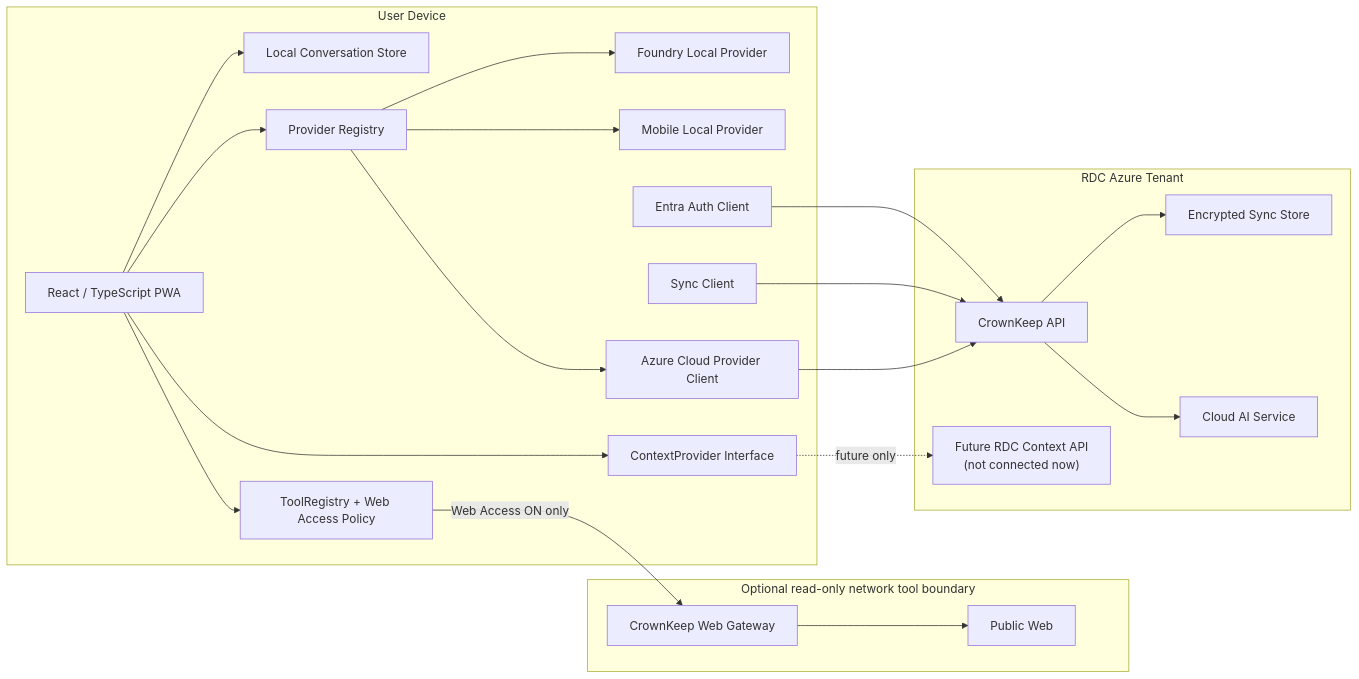
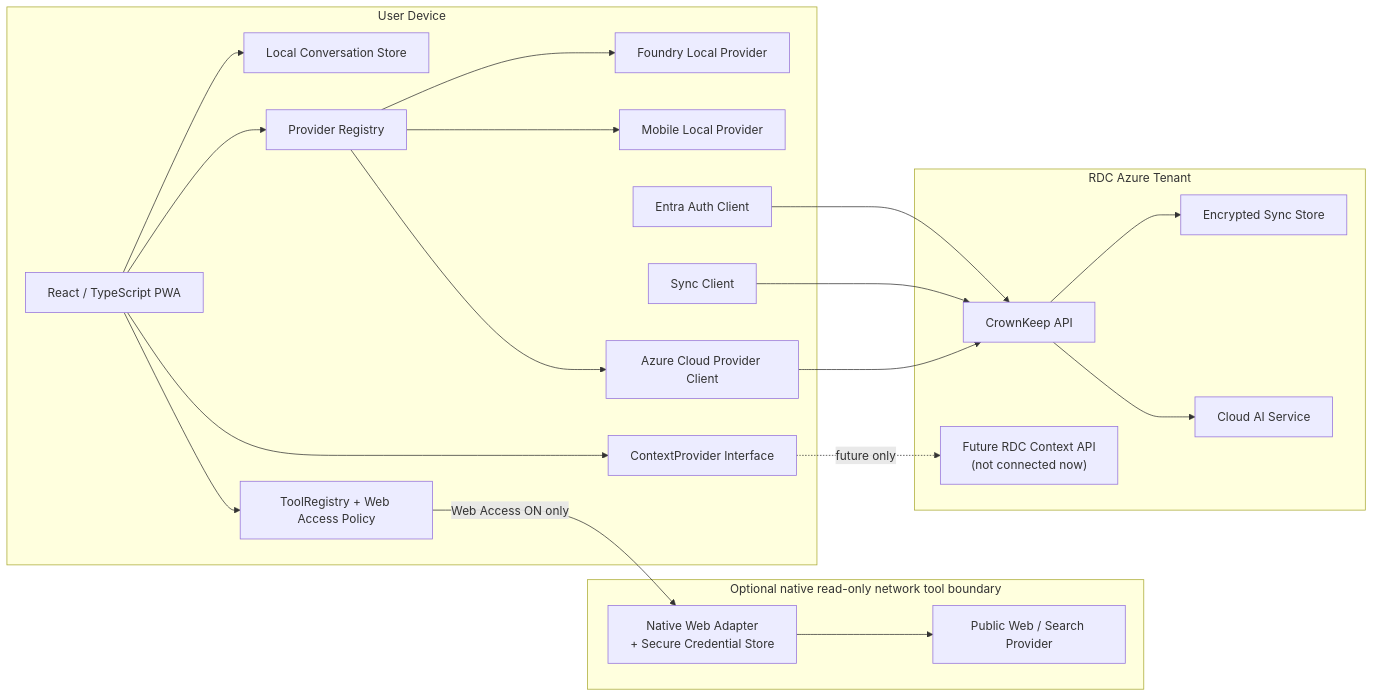
Before and after one commit to dakROLO/rdc-ai: the diagram in docs/ARCHITECTURE.md, drawn with Mermaid. The commit also changed other lines of this file, not shown here.

Commit message:
Remove gateway from architecture system view

````diff
--- a/docs/ARCHITECTURE.md
+++ b/docs/ARCHITECTURE.md
@@ -5,45 +5,45 @@
 ```mermaid
 flowchart LR
     subgraph Device["User Device"]
         UI["React / TypeScript PWA"]
         DB["Local Conversation Store"]
         PR["Provider Registry"]
         FL["Foundry Local Provider"]
         WL["Mobile Local Provider"]
         AF["Azure Cloud Provider Client"]
         SY["Sync Client"]
         AU["Entra Auth Client"]
         CP["ContextProvider Interface"]
         TR["ToolRegistry + Web Access Policy"]
     end
 
-    subgraph WebBoundary["Optional read-only network tool boundary"]
-        WG["CrownKeep Web Gateway"]
-        WEB["Public Web"]
+    subgraph WebBoundary["Optional native read-only network tool boundary"]
+        NW["Native Web Adapter\n+ Secure Credential Store"]
+        WEB["Public Web / Search Provider"]
     end
 
     subgraph Azure["RDC Azure Tenant"]
         API["CrownKeep API"]
         SS["Encrypted Sync Store"]
         CAI["Cloud AI Service"]
         FCTX["Future RDC Context API\n(not connected now)"]
     end
 
     UI --> DB
     UI --> PR
     PR --> FL
     PR --> WL
     PR --> AF
     UI --> CP
     UI --> TR
-    TR -->|Web Access ON only| WG
-    WG --> WEB
+    TR -->|Web Access ON only| NW
+    NW --> WEB
 
     AU --> API
     SY --> API
     AF --> API
     API --> SS
     API --> CAI
 
     CP -. future only .-> FCTX
 ```
````
